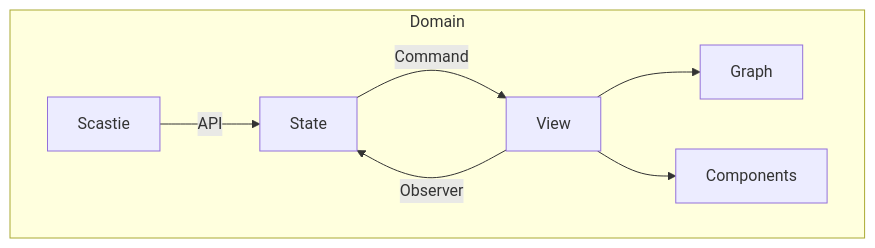
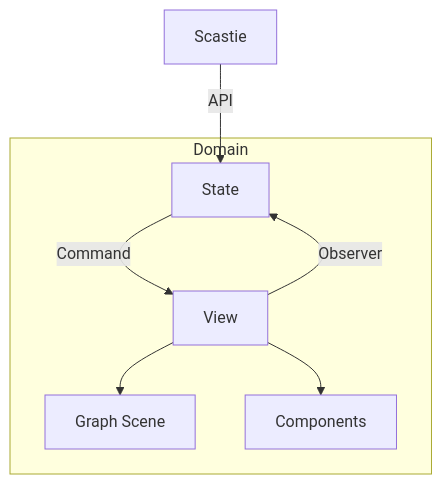
Before and after one commit to Ro0t-set/PPS-24-ScafiWeb3: the first of 2 diagrams in docs/src/03-architectural-design/index.md, drawn with Mermaid. The commit also changed other lines of this file, not shown here.

Commit message:
docs(architectural-design): update diagram and text to clarify the communication between modules and emphasize the independence of the application from Scastie

````diff
--- a/docs/src/03-architectural-design/index.md
+++ b/docs/src/03-architectural-design/index.md
@@ -15,10 +17,10 @@
 ```mermaid
 flowchart TD
     subgraph Domain
         B -->|Command| C[View]
         C -->|Observer| B
-        C --> D[Graph]
-        E[Scastie] -->|API| B[State]
+        C --> D[Graph Scene]
         C --> F[Components]
     end
+    E[Scastie] -->|API| B[State]
 ```
````
